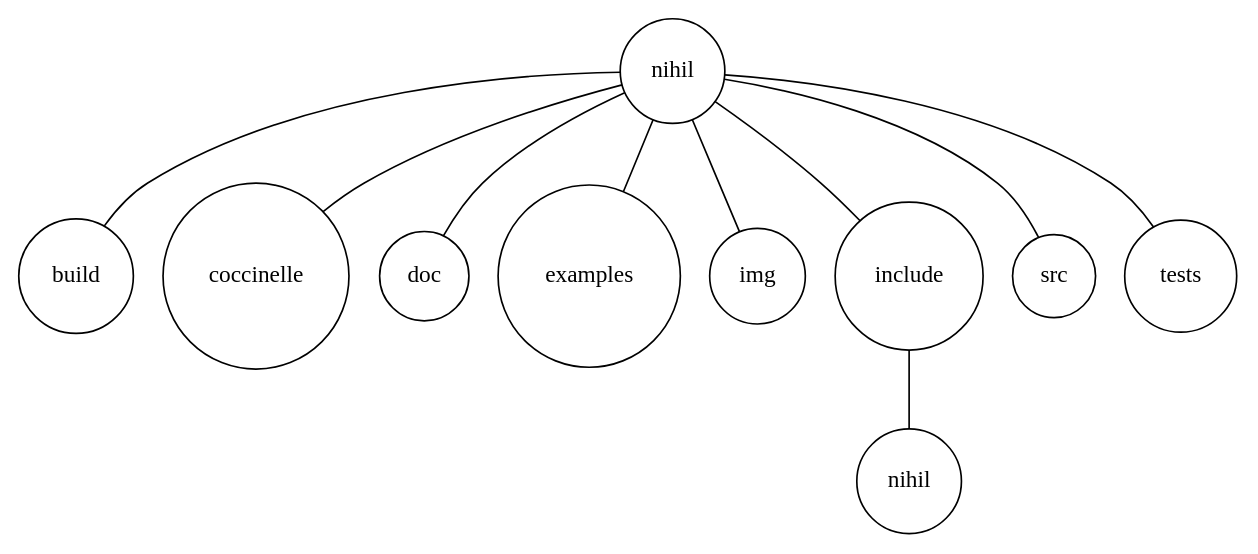
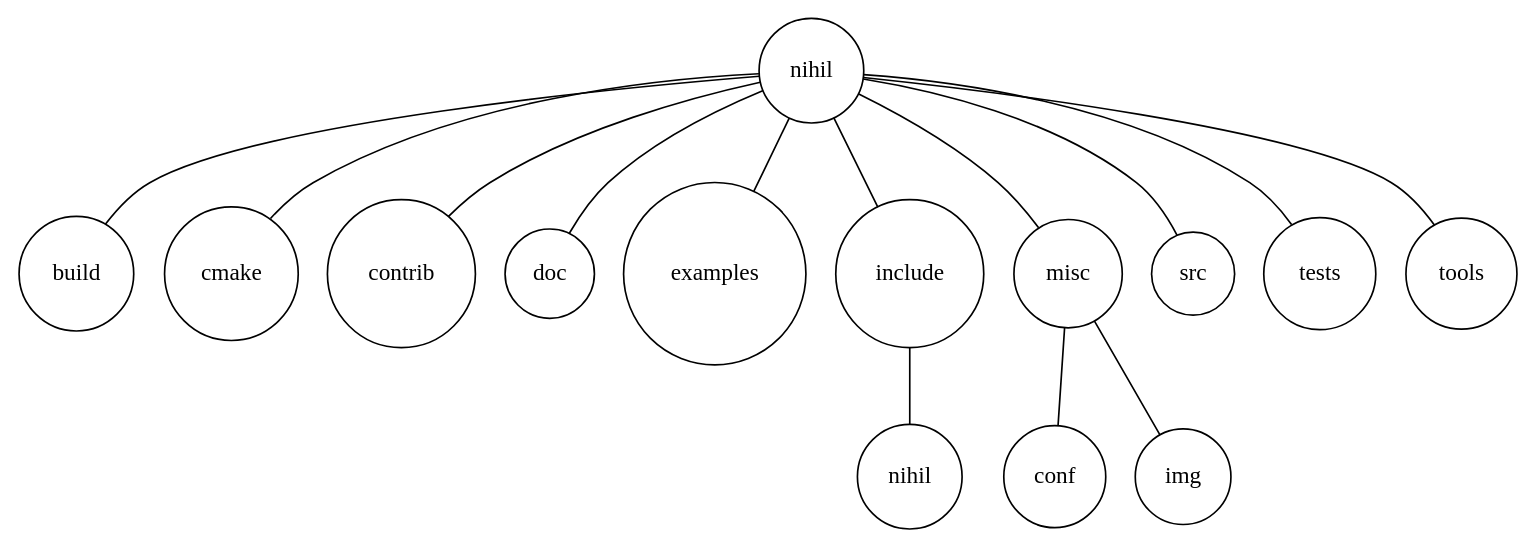
Before and after one commit to jhxie/skaff: the diagram in doc/source/img/output_tree.dot, drawn with Graphviz. The commit also changed 12 other files, not shown here.

```diff
--- a/doc/source/img/output_tree.dot
+++ b/doc/source/img/output_tree.dot
@@ -1,22 +1,36 @@
 graph {
+    /* Level 1 Vertexes */
     root[label="nihil", shape="circle"];
-    header[label="nihil", shape="circle"];
-
     build[shape="circle"];
-    coccinelle[shape="circle"];
+    cmake[shape="circle"];
+    contrib[shape="circle"];
     doc[shape="circle"];
     examples[shape="circle"];
-    img[shape="circle"];
     include[shape="circle"];
+    misc[shape="circle"];
     src[shape="circle"];
     tests[shape="circle"];
+    tools[shape="circle"];
 
+    /* Level 1 Edges */
     root -- build;
-    root -- coccinelle;
+    root -- cmake;
+    root -- contrib;
     root -- doc;
     root -- examples;
-    root -- img;
-    root -- include -- header;
+    root -- include;
+    root -- misc;
     root -- src;
     root -- tests;
+    root -- tools;
+
+    /* Level 2 Vertexes */
+    conf[shape="circle"];
+    header[label="nihil", shape="circle"];
+    img[shape="circle"];
+
+    /* Level 2 Edges */
+    include -- header;
+    misc -- conf;
+    misc -- img;
 }
```
